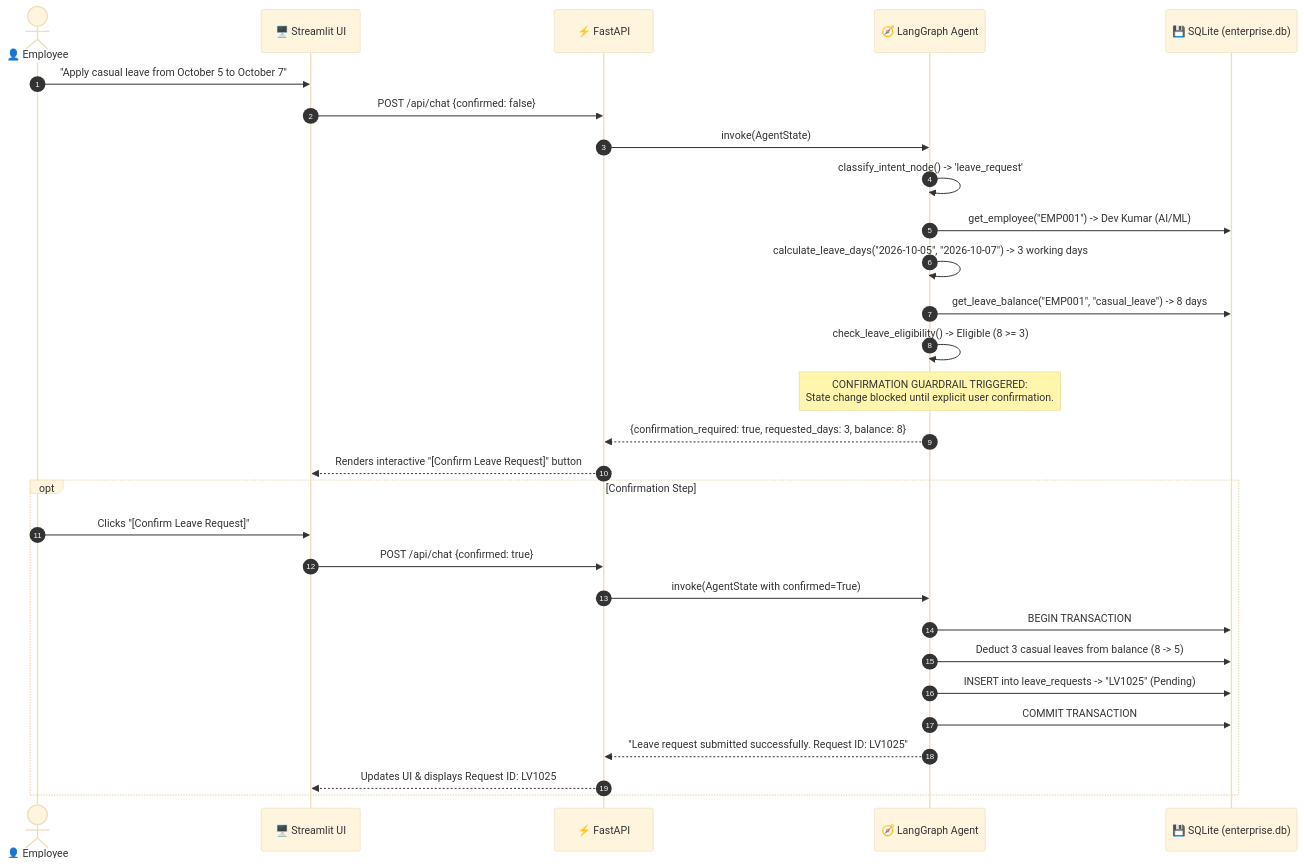
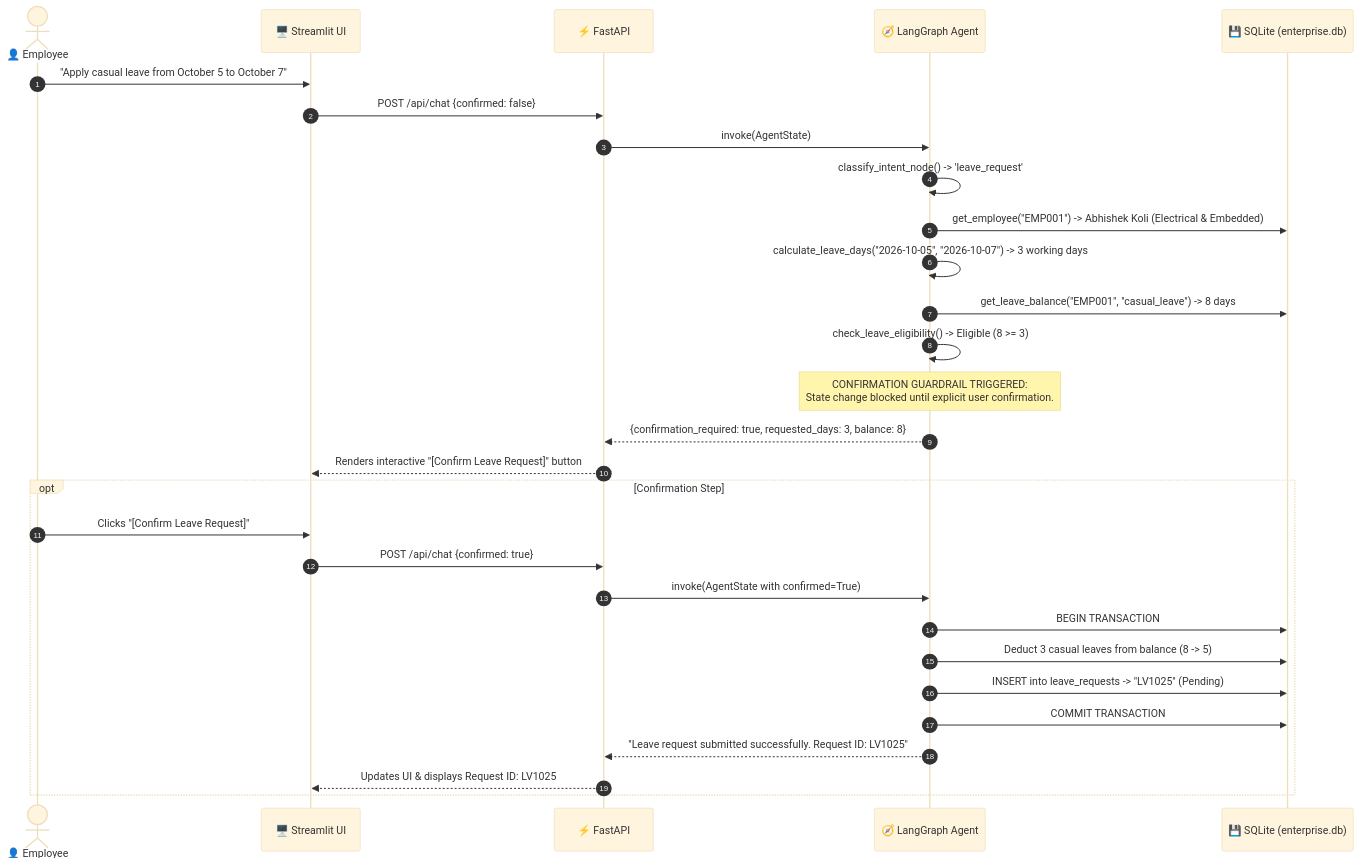
Before and after one commit to DevGokha/Enterprise-Policy-Assistant: the third of 4 diagrams in ARCHITECTURE.md, drawn with Mermaid (base theme). The commit also changed 5 other files, not shown here.

````diff
--- a/ARCHITECTURE.md
+++ b/ARCHITECTURE.md
@@ -102,33 +102,33 @@
 ```mermaid
 sequenceDiagram
     autonumber
     actor Employee as 👤 Employee
     participant UI as 🖥️ Streamlit UI
     participant API as ⚡ FastAPI
     participant Agent as 🧭 LangGraph Agent
     participant DB as 💾 SQLite (enterprise.db)
     
     Employee->>UI: "Apply casual leave from October 5 to October 7"
     UI->>API: POST /api/chat {confirmed: false}
     API->>Agent: invoke(AgentState)
     Agent->>Agent: classify_intent_node() -> 'leave_request'
-    Agent->>DB: get_employee("EMP001") -> Dev Kumar (AI/ML)
+    Agent->>DB: get_employee("EMP001") -> Abhishek Koli (Electrical & Embedded)
     Agent->>Agent: calculate_leave_days("2026-10-05", "2026-10-07") -> 3 working days
     Agent->>DB: get_leave_balance("EMP001", "casual_leave") -> 8 days
     Agent->>Agent: check_leave_eligibility() -> Eligible (8 >= 3)
     Note over Agent: CONFIRMATION GUARDRAIL TRIGGERED:<br/>State change blocked until explicit user confirmation.
     Agent-->>API: {confirmation_required: true, requested_days: 3, balance: 8}
     API-->>UI: Renders interactive "[Confirm Leave Request]" button
     
     opt Confirmation Step
         Employee->>UI: Clicks "[Confirm Leave Request]"
         UI->>API: POST /api/chat {confirmed: true}
         API->>Agent: invoke(AgentState with confirmed=True)
         Agent->>DB: BEGIN TRANSACTION
         Agent->>DB: Deduct 3 casual leaves from balance (8 -> 5)
         Agent->>DB: INSERT into leave_requests -> "LV1025" (Pending)
         Agent->>DB: COMMIT TRANSACTION
         Agent-->>API: "Leave request submitted successfully. Request ID: LV1025"
         API-->>UI: Updates UI & displays Request ID: LV1025
     end
 ```
````
